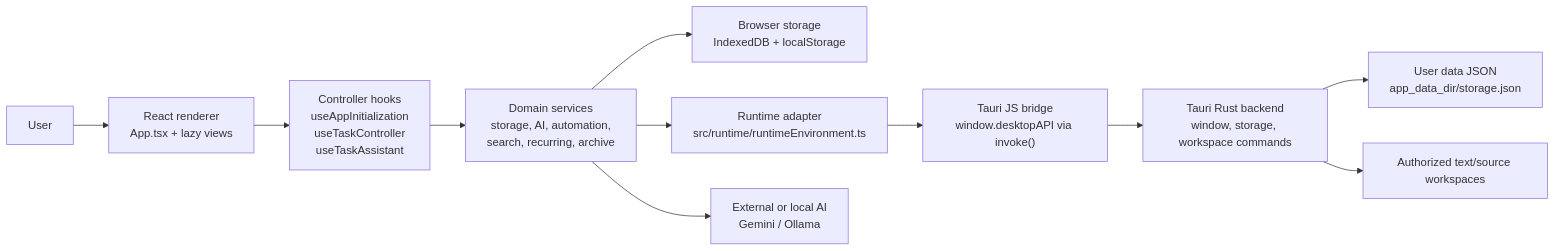
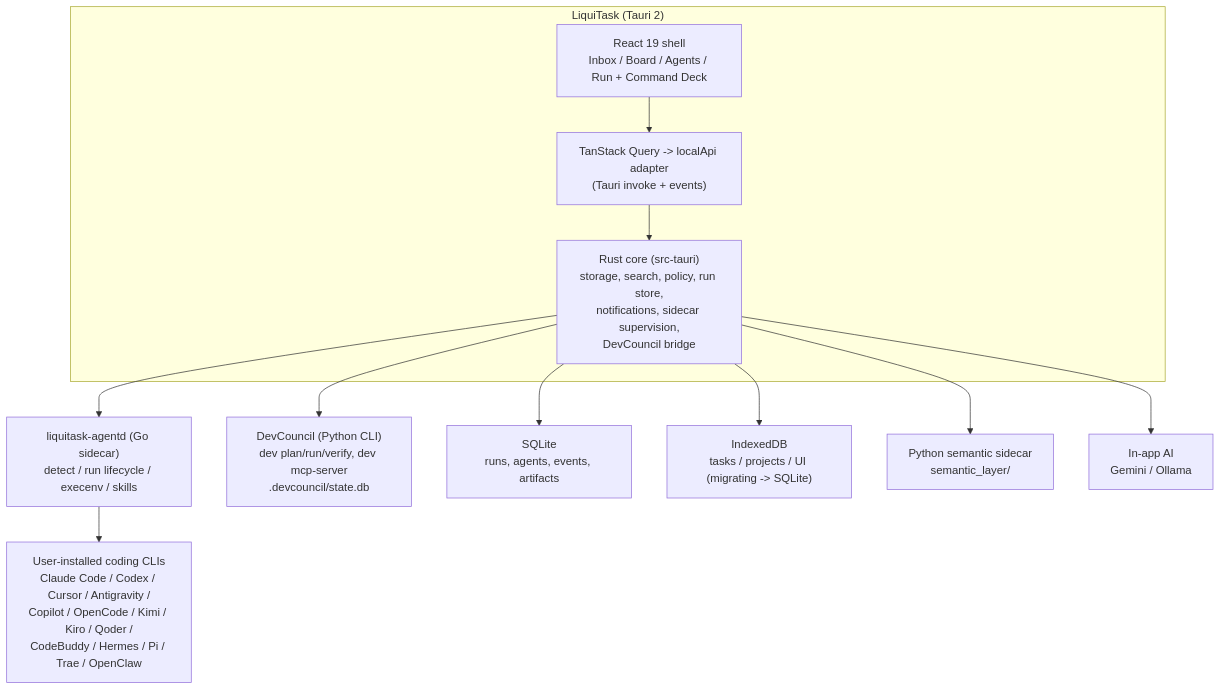
The third of 4 diagrams in README.md (bharathvbcr/LiquiTask), drawn with Mermaid before and after one commit. The commit also changed other lines of this file and 266 other files, not shown here.

First line of the commit message:
feat: multica-integration board/agent rework (v3 shell, DevCouncil evidence, dead-letter inbox)

````diff
--- a/README.md
+++ b/README.md
@@ -117,13 +253,15 @@
 ```mermaid
-flowchart LR
-  User["User"] --> UI["React renderer\nApp.tsx + lazy views"]
-  UI --> Hooks["Controller hooks\nuseAppInitialization\nuseTaskController\nuseTaskAssistant"]
-  Hooks --> Services["Domain services\nstorage, AI, automation,\nsearch, recurring, archive"]
-  Services --> BrowserStore["Browser storage\nIndexedDB + localStorage"]
-  Services --> Runtime["Runtime adapter\nsrc/runtime/runtimeEnvironment.ts"]
-  Runtime --> Bridge["Tauri JS bridge\nwindow.desktopAPI via invoke()"]
-  Bridge --> Backend["Tauri Rust backend\nwindow, storage, workspace commands"]
-  Backend --> NativeStore["User data JSON\napp_data_dir/storage.json"]
-  Backend --> Workspace["Authorized text/source workspaces"]
-  Services --> Providers["External or local AI\nGemini / Ollama"]
+flowchart TD
+  subgraph LiquiTask["LiquiTask (Tauri 2)"]
+    UI["React 19 shell\nInbox / Board / Agents / Run + Command Deck"]
+    UI --> Query["TanStack Query -> localApi adapter\n(Tauri invoke + events)"]
+    Query --> Core["Rust core (src-tauri)\nstorage, search, policy, run store,\nnotifications, sidecar supervision,\nDevCouncil bridge"]
+  end
+  Core --> Agentd["liquitask-agentd (Go sidecar)\ndetect / run lifecycle / execenv / skills"]
+  Core --> DevCouncil["DevCouncil (Python CLI)\ndev plan/run/verify, dev mcp-server\n.devcouncil/state.db"]
+  Core --> SQLite["SQLite\nruns, agents, events, artifacts"]
+  Core --> IDB["IndexedDB\ntasks / projects / UI (migrating -> SQLite)"]
+  Core --> Semantic["Python semantic sidecar\nsemantic_layer/"]
+  Agentd --> CLIs["User-installed coding CLIs\nClaude Code / Codex / Cursor / Antigravity /\nCopilot / OpenCode / Kimi / Kiro / Qoder /\nCodeBuddy / Hermes / Pi / Trae / OpenClaw"]
+  Core --> AI["In-app AI\nGemini / Ollama"]
 ```
````
